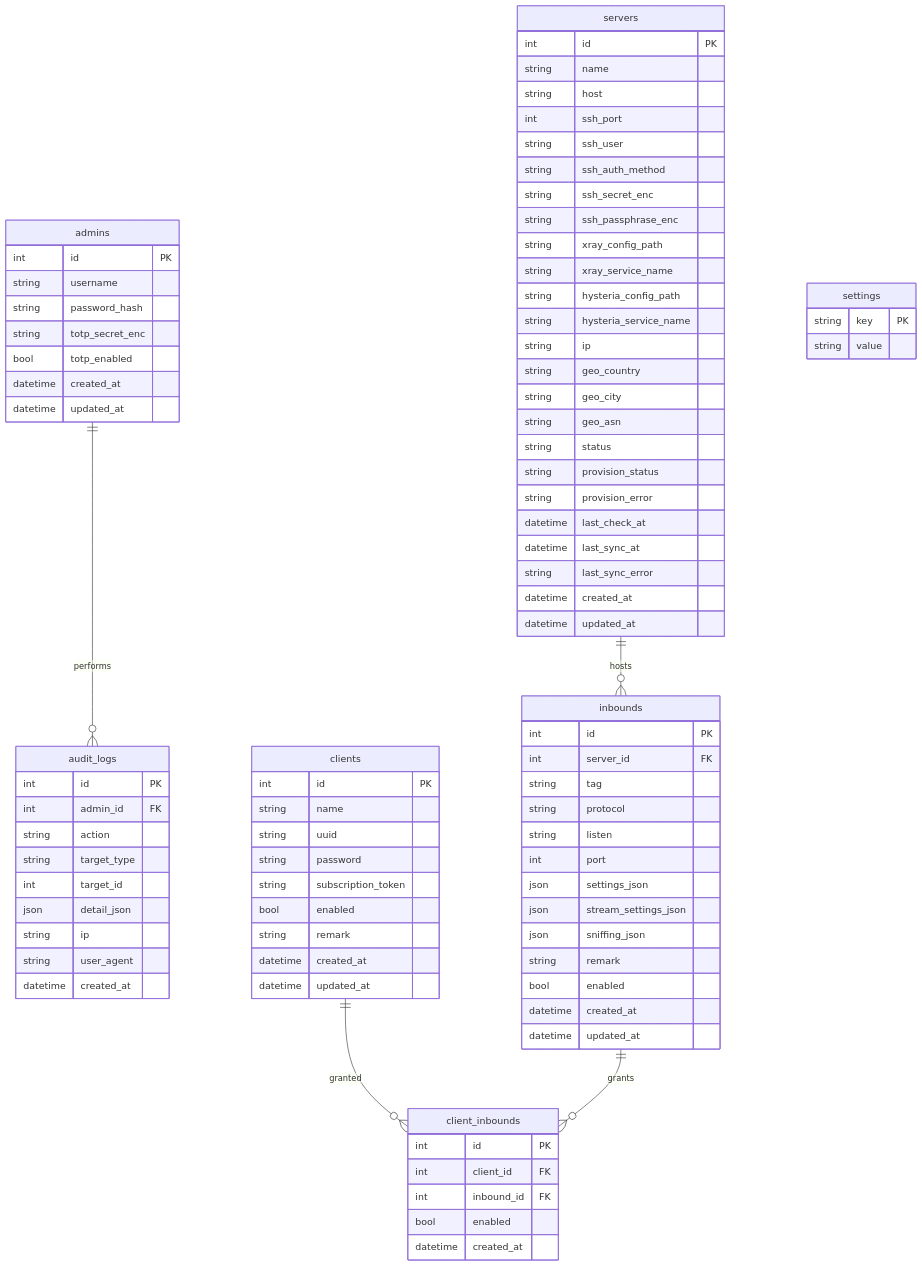
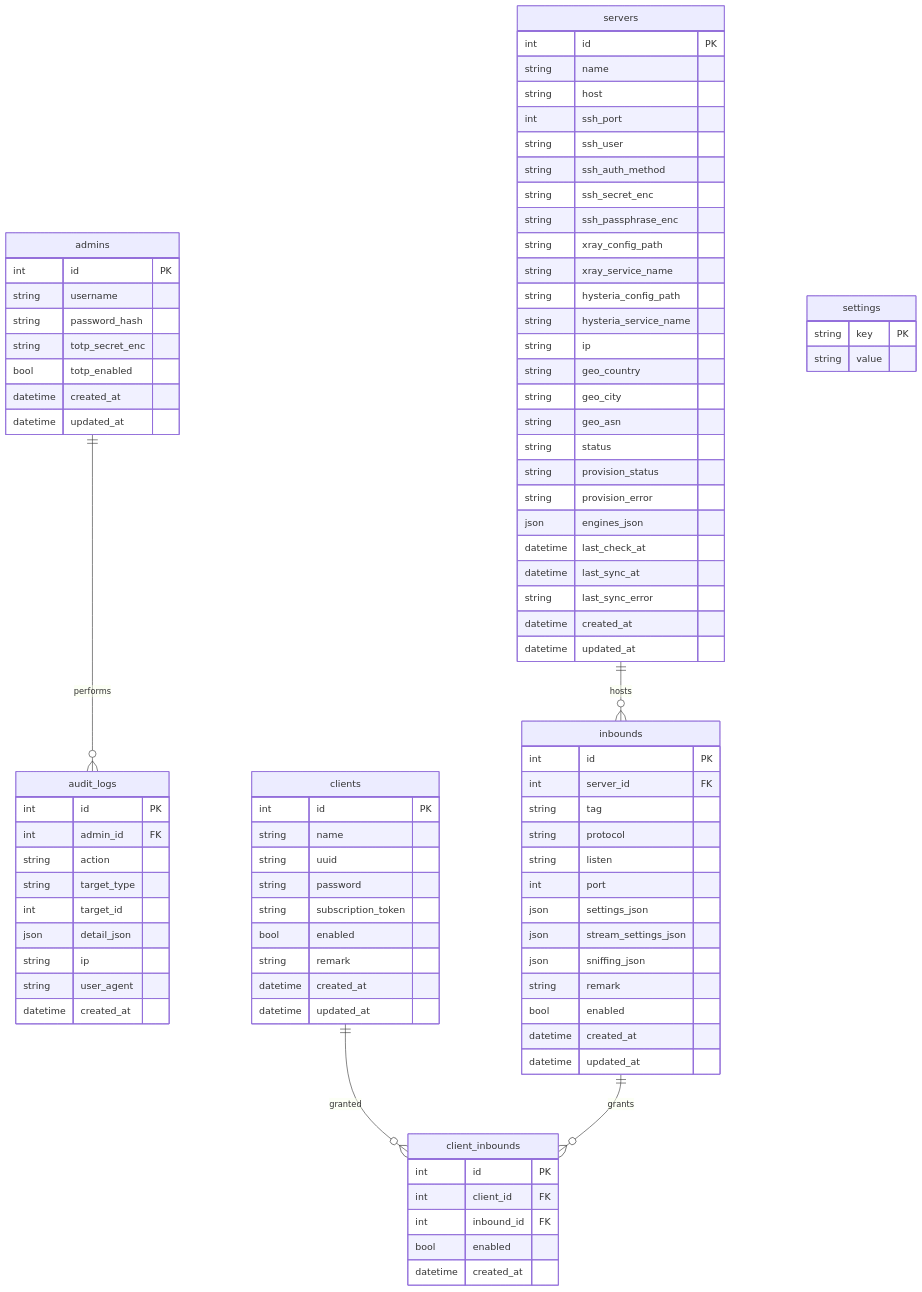
One commit to alhain1488-rgb/adp-panel changed the diagram in docs/ERD.md. Above: the diagram before and after it, drawn with Mermaid. The commit also changed 22 other files, not shown here.

```diff
--- a/docs/ERD.md
+++ b/docs/ERD.md
@@ -40,6 +40,7 @@
         string status
         string provision_status
         string provision_error
+        json engines_json
         datetime last_check_at
         datetime last_sync_at
         string last_sync_error
```
